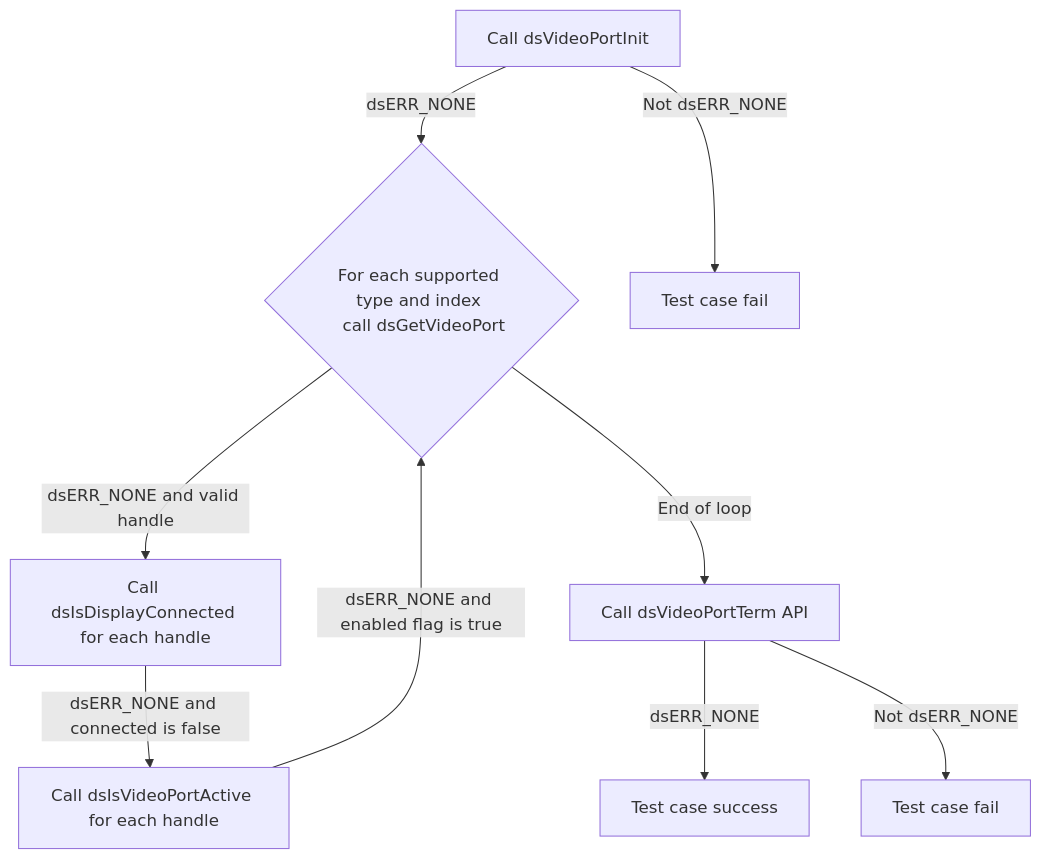
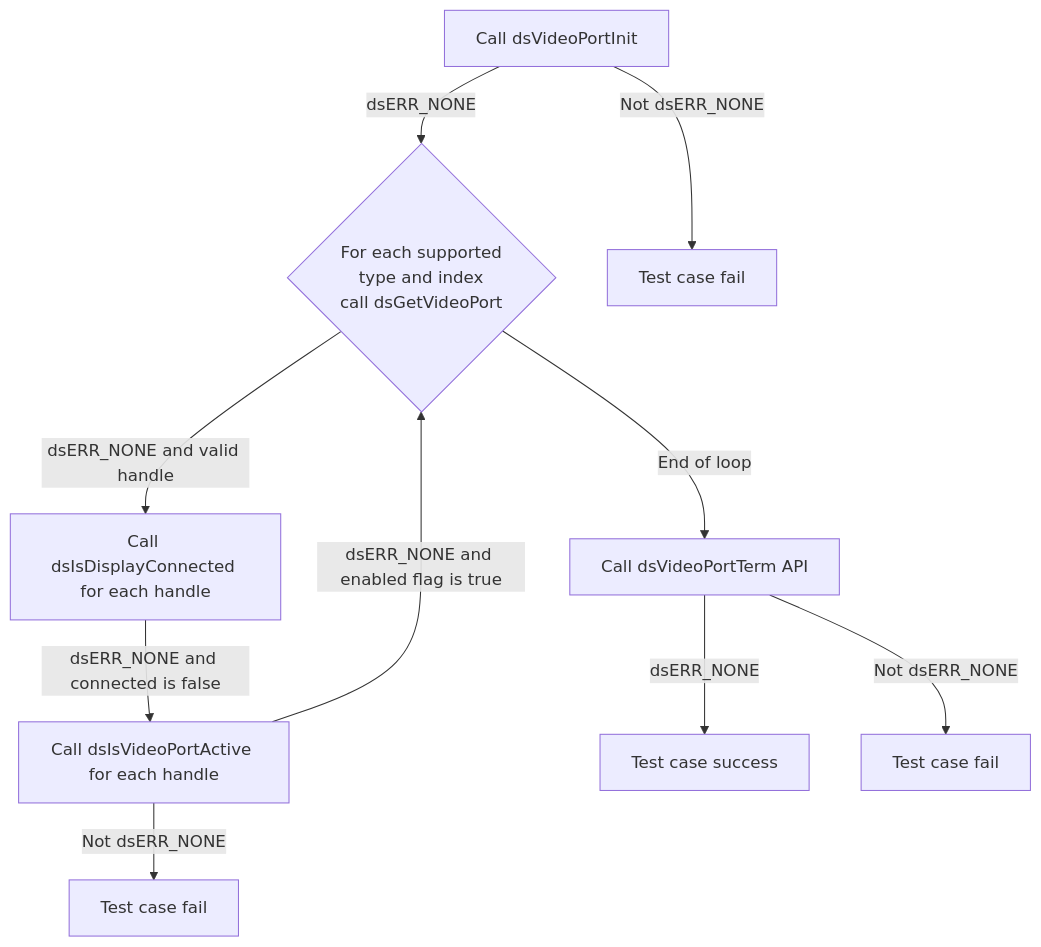
The second of 15 diagrams in docs/pages/ds-video-port_L2_Low-Level_TestSpecification.md (rdkcentral/rdk-halif-test-device_settings), drawn with Mermaid before and after one commit. The commit also changed other lines of this file and 13 other files, not shown here.

Commit message:
gh #14 Update test case and configuration

````diff
--- a/docs/pages/ds-video-port_L2_Low-Level_TestSpecification.md
+++ b/docs/pages/ds-video-port_L2_Low-Level_TestSpecification.md
@@ -115,11 +113,12 @@
 ```mermaid
 graph TB
-    A[Call dsVideoPortInit] -->|dsERR_NONE|B{For each supported type and index <br> call dsGetVideoPort}
+    A[Call dsVideoPortInit] -->|dsERR_NONE|B{For each supported<br> type and index <br> call dsGetVideoPort}
     A -->|Not dsERR_NONE|A1[Test case fail]
     B -->|dsERR_NONE and valid handle|C[Call dsIsDisplayConnected for each handle]
     C -->|dsERR_NONE and connected is false|D[Call dsIsVideoPortActive for each handle]
+    D -->|Not dsERR_NONE|A2[Test case fail]
     D -->|dsERR_NONE and enabled flag is true|B
     B -->|End of loop|I[Call dsVideoPortTerm API]
     I -->|dsERR_NONE|J[Test case success]
     I -->|Not dsERR_NONE|I1[Test case fail]
 ```
````
